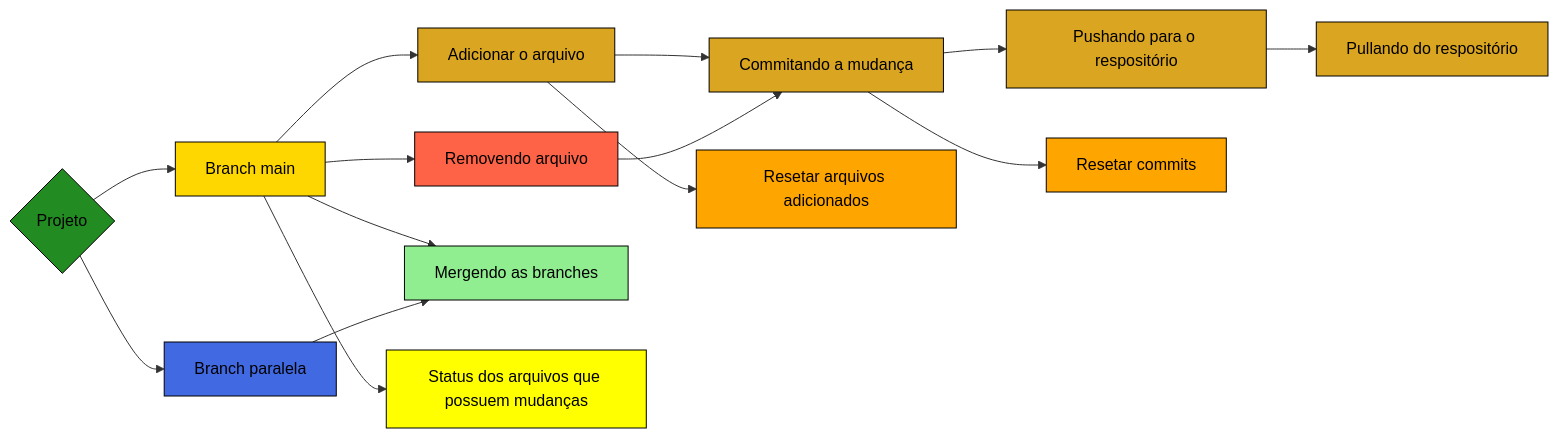
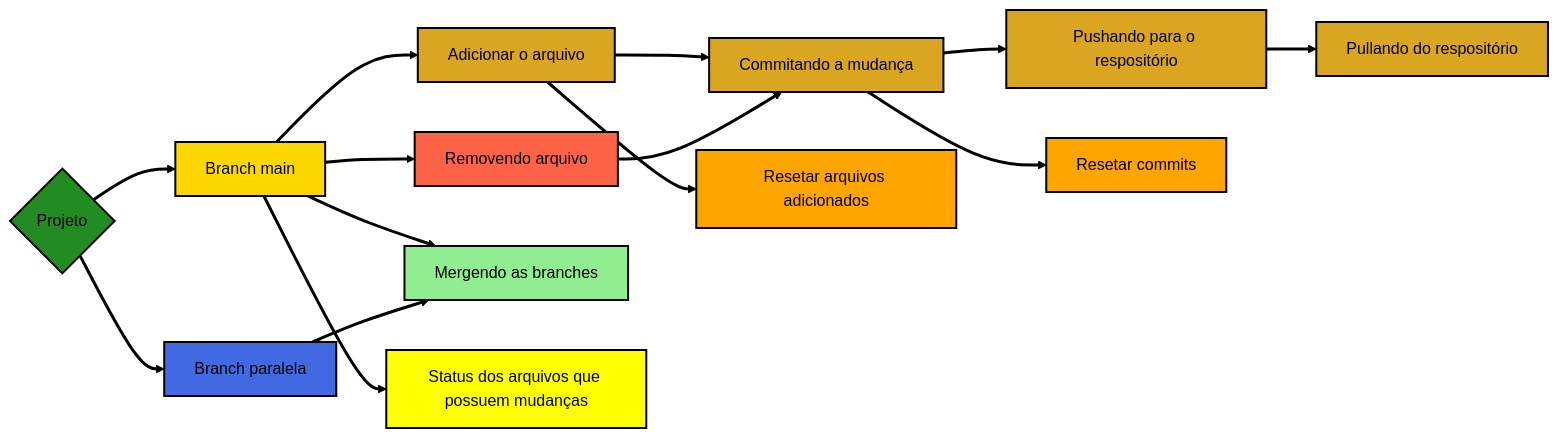
One commit to Edbbioeco/conectar_github_rstudio changed the diagram in README.qmd. Above: the diagram before and after it, drawn with Mermaid.

Commit message:
Quarto do README

````diff
--- a/README.qmd
+++ b/README.qmd
@@ -19,28 +19,29 @@
 ```{mermaid} 
 flowchart LR
   A{Projeto} --> B[Branch main] 
   A --> C[Branch paralela]
   B --> D[Adicionar o arquivo]
   D --> E[Commitando a mudança]
   E --> F[Pushando para o respositório]
   F --> G[Pullando do respositório]
   H[Removendo arquivo] --> E
   D --> I[Resetar arquivos adicionados]
   E --> J[Resetar commits]
   B --> H
   B --> K[Mergendo as branches]
   C --> K[Mergendo as branches]
   B --> L[Status dos arquivos que possuem mudanças]
-  style A fill:forestgreen, color:black, stroke:black
-  style B fill:gold, color:black, stroke:black
-  style C fill:royalblue, color:black, stroke:black
-  style D fill:goldenrod, color:black, stroke:black
-  style E fill:goldenrod, color:black, stroke:black
-  style F fill:goldenrod, color:black, stroke:black
-  style G fill:goldenrod, color:black, stroke:black
-  style H fill:tomato, color:black, stroke:black
-  style I fill:orange, color:black, stroke:black
-  style J fill:orange, color:black, stroke:black
-  style K fill:lightgreen, color:black, stroke:black
-  style L fill:yellow, color:black, stroke:black
+  style A fill:forestgreen, color:black, stroke:black, stroke-width:2px
+  style B fill:gold, color:black, stroke:black, stroke-width:2px
+  style C fill:royalblue, color:black, stroke:black, stroke-width:2px
+  style D fill:goldenrod, color:black, stroke:black, stroke-width:2px
+  style E fill:goldenrod, color:black, stroke:black, stroke-width:2px
+  style F fill:goldenrod, color:black, stroke:black, stroke-width:2px
+  style G fill:goldenrod, color:black, stroke:black, stroke-width:2px
+  style H fill:tomato, color:black, stroke:black, stroke-width:2px
+  style I fill:orange, color:black, stroke:black, stroke-width:2px
+  style J fill:orange, color:black, stroke:black, stroke-width:2px
+  style K fill:lightgreen, color:black, stroke:black, stroke-width:2px
+  style L fill:yellow, color:black, stroke:black, stroke-width:2px
+  linkStyle default stroke-width:3px,stroke:black
 ```
````
